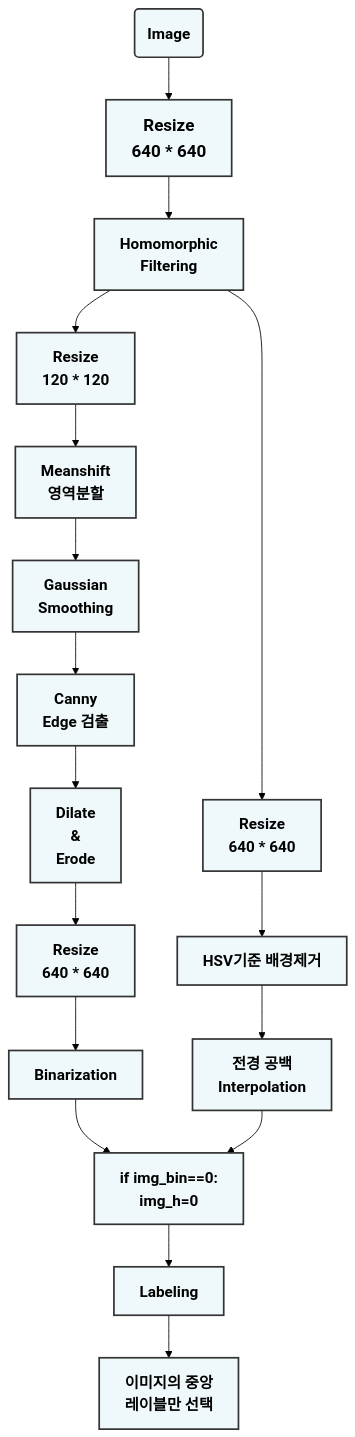
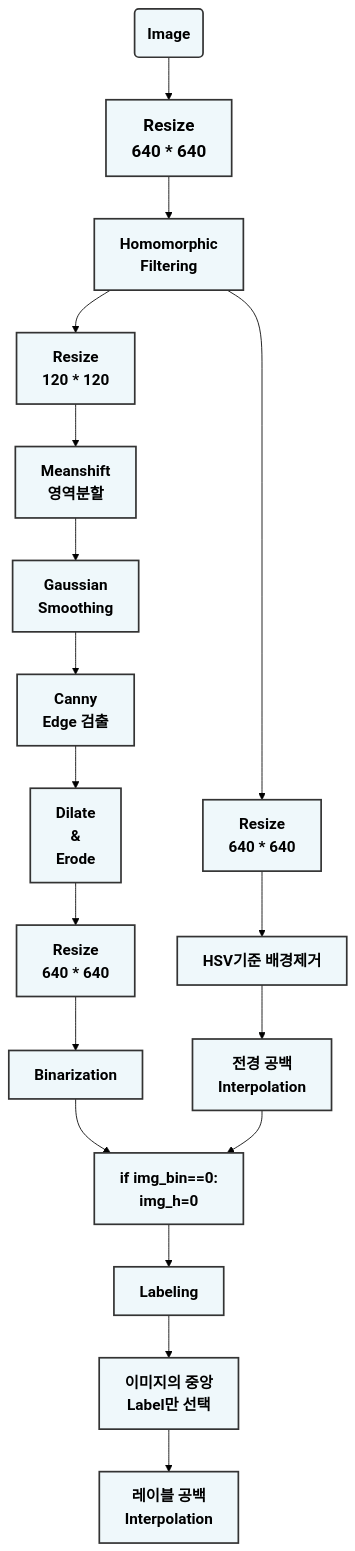
One commit to 201710808/-p changed the second of 2 diagrams in Readme.md. Above: the diagram before and after it, drawn with Mermaid (forest theme).

````diff
--- a/Readme.md
+++ b/Readme.md
@@ -13,41 +13,43 @@
 ```mermaid
 graph
 A(<b><span style='font-size:18px'>Image</span></b>)-->B[<b><span style='font-size:20px'>Resize<br>640 * 640</span></b>]
 B-->C[<b><span style='font-size:18px'>Homomorphic<br>Filtering</span></b>]
 C-->D1[<b><span style='font-size:18px'>Resize<br>120 * 120</span></b>]
 D1-->E1[<b><span style='font-size:18px'>Meanshift<br>영역분할</span></b>]
 E1-->F1[<b><span style='font-size:18px'>Gaussian<br>Smoothing</span></b>]
 F1-->G[<b><span style='font-size:18px'>Canny<br>Edge 검출</span></b>]
 G-->H[<b><span style='font-size:18px'>Dilate<br>&<br>Erode</span></b>]
 H-->I[<b><span style='font-size:18px'>Resize<br>640 * 640</span></b>]
 I-->J[<b><span style='font-size:18px'>Binarization</span></b>]
 
 C-->D2[<b><span style='font-size:18px'>Resize<br>640 * 640</span></b>]
 D2-->E2[<b><span style='font-size:18px'>HSV기준 배경제거</span></b>]
 E2-->F2[<b><span style='font-size:18px'>전경 공백<br>Interpolation</span></b>]
 
 J-->K
 F2-->K[<b><span style='font-size:18px'>if img_bin==0:<br>img_h=0</span></b>]
 K-->L[<b><span style='font-size:18px'>Labeling</span></b>]
-L-->M[<b><span style='font-size:18px'>이미지의 중앙<br>레이블만 선택</span></b>]
+L-->M[<b><span style='font-size:18px'>이미지의 중앙<br>Label만 선택</span></b>]
+M-->N[<b><span style='font-size:18px'>레이블 공백<br>Interpolation</span></b>]
 
 
 style A fill:#EFF8FB ,stroke:#333,stroke-width:2px
 style B fill:#EFF8FB ,stroke:#333,stroke-width:2px
 style C fill:#EFF8FB ,stroke:#333,stroke-width:2px
 style D1 fill:#EFF8FB ,stroke:#333,stroke-width:2px
 style E1 fill:#EFF8FB ,stroke:#333,stroke-width:2px
 style F1 fill:#EFF8FB ,stroke:#333,stroke-width:2px
 style G fill:#EFF8FB ,stroke:#333,stroke-width:2px
 style H fill:#EFF8FB ,stroke:#333,stroke-width:2px
 style I fill:#EFF8FB ,stroke:#333,stroke-width:2px
 style J fill:#EFF8FB ,stroke:#333,stroke-width:2px
 
 style D2 fill:#EFF8FB ,stroke:#333,stroke-width:2px
 style E2 fill:#EFF8FB ,stroke:#333,stroke-width:2px
 style F2 fill:#EFF8FB ,stroke:#333,stroke-width:2px
 
 style K fill:#EFF8FB ,stroke:#333,stroke-width:2px
 style L fill:#EFF8FB ,stroke:#333,stroke-width:2px
 style M fill:#EFF8FB ,stroke:#333,stroke-width:2px
+style N fill:#EFF8FB ,stroke:#333,stroke-width:2px
 ```
````
